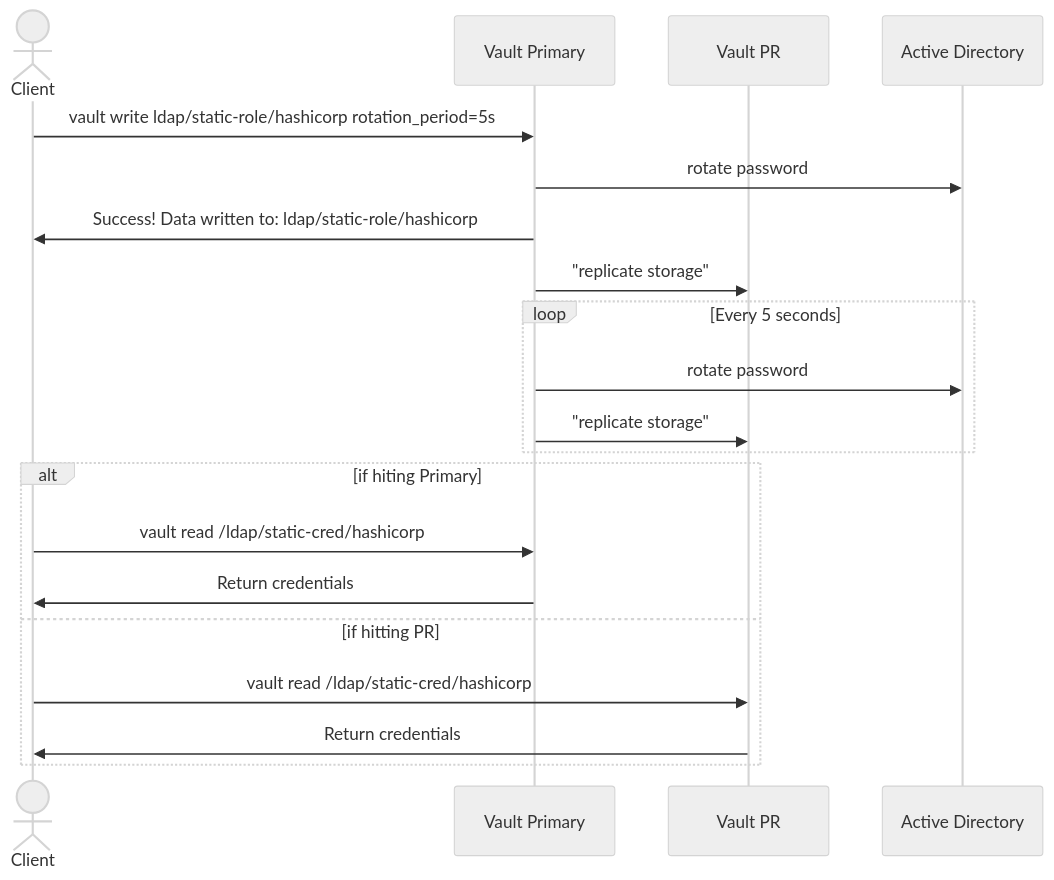
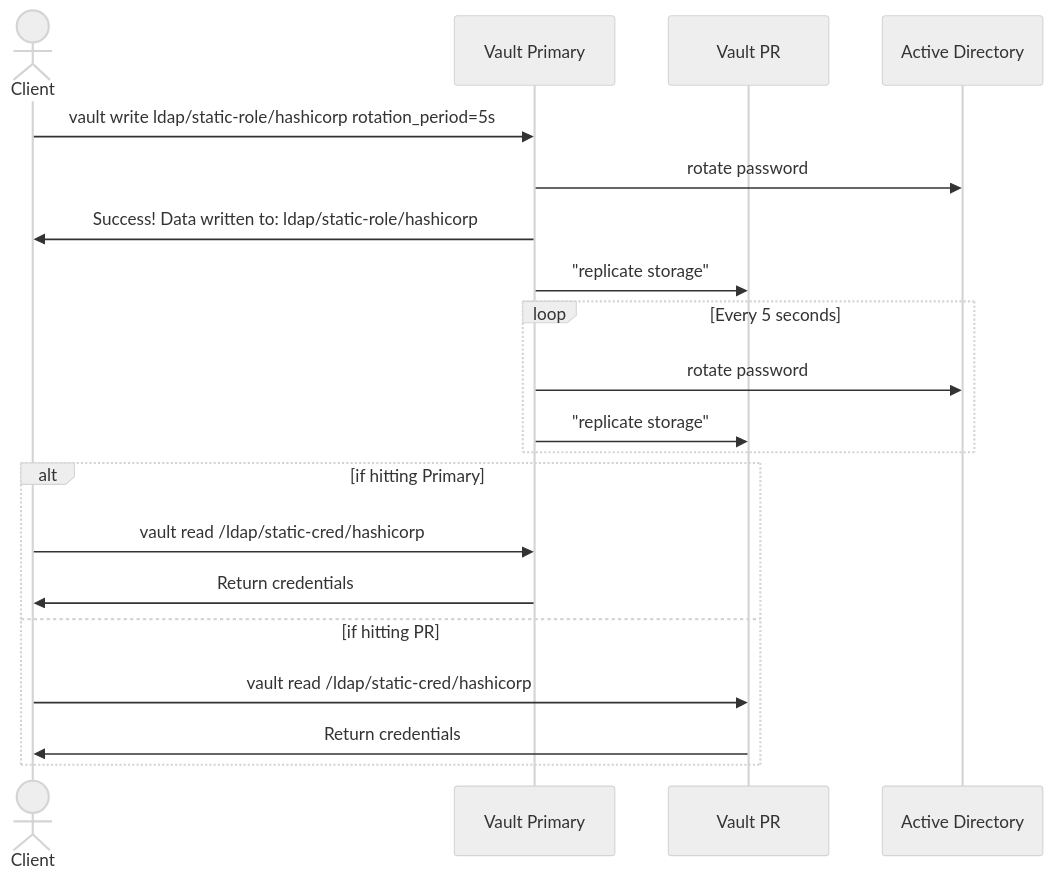
Before and after one commit to tallen-hashicorp/vault-pr-ad-testing: the third of 5 diagrams in README.md, drawn with Mermaid (neutral theme). The commit also changed other lines of this file, not shown here.

````diff
--- a/README.md
+++ b/README.md
@@ -231,22 +235,22 @@
 ```mermaid
 sequenceDiagram
     actor c as Client
     participant vp as Vault Primary
     participant vpr as Vault PR
     participant ad as Active Directory
     c->>vp: vault write ldap/static-role/hashicorp rotation_period=5s
     vp->>ad: rotate password
     vp->>c: Success! Data written to: ldap/static-role/hashicorp
     vp->>vpr: "replicate storage"
     loop Every 5 seconds
         vp->>ad: rotate password
         vp->>vpr: "replicate storage"
     end
-    alt if hiting Primary
+    alt if hitting Primary
         c->>vp: vault read /ldap/static-cred/hashicorp
         vp->>c: Return credentials
     else if hitting PR
         c->>vpr: vault read /ldap/static-cred/hashicorp
         vpr->>c: Return credentials
     end
 ```
````
